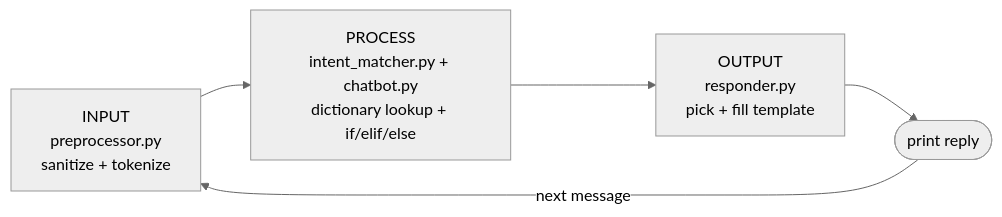
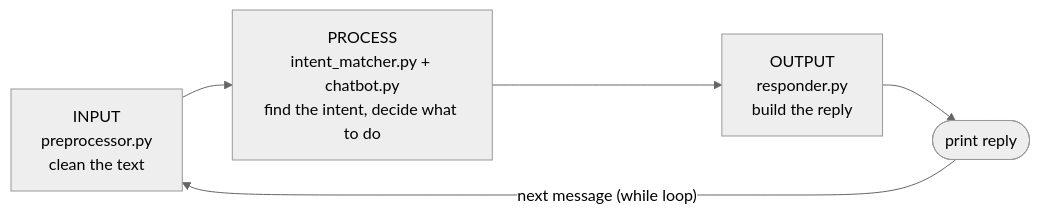
The diagram in README.md (SRBaggari/Rule-Based-AI-Chatbot-), drawn with Mermaid (neutral theme) before and after one commit. The commit also changed other lines of this file, not shown here.

````diff
--- a/README.md
+++ b/README.md
@@ -146,7 +161,7 @@
 ```mermaid
 flowchart LR
-    A["INPUT<br/>preprocessor.py<br/>sanitize + tokenize"] --> B["PROCESS<br/>intent_matcher.py + chatbot.py<br/>dictionary lookup + if/elif/else"]
-    B --> C["OUTPUT<br/>responder.py<br/>pick + fill template"]
+    A["INPUT<br/>preprocessor.py<br/>clean the text"] --> B["PROCESS<br/>intent_matcher.py + chatbot.py<br/>find the intent, decide what to do"]
+    B --> C["OUTPUT<br/>responder.py<br/>build the reply"]
     C --> D(["print reply"])
-    D -->|"next message"| A
+    D -->|"next message (while loop)"| A
 ```
````
